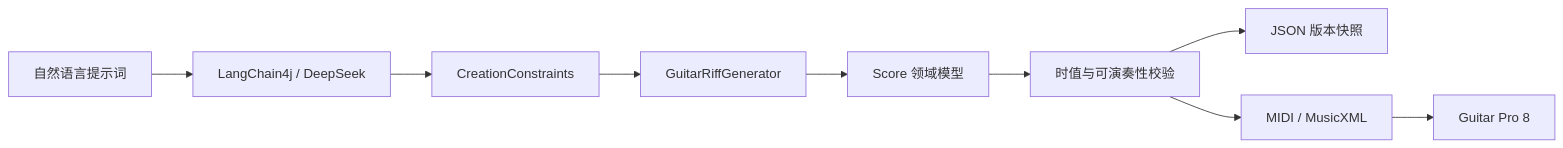
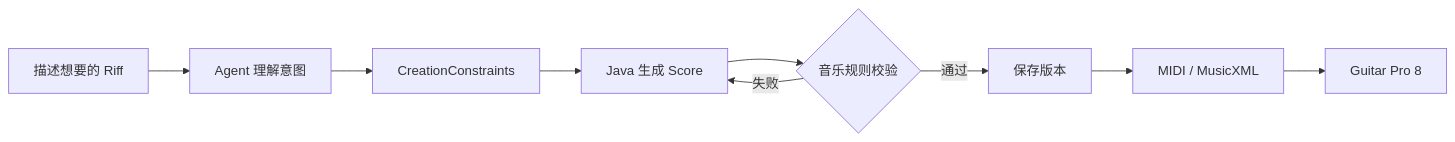
The first of 2 diagrams in README.md (YuiHlk/Music-AI-Agent), drawn with Mermaid before and after one commit. The commit also changed other lines of this file and 4 other files, not shown here.

````diff
--- a/README.md
+++ b/README.md
@@ -19,11 +58,11 @@
 ```mermaid
 flowchart LR
-    A["自然语言提示词"] --> B["LangChain4j / DeepSeek"]
+    A["描述想要的 Riff"] --> B["Agent 理解意图"]
     B --> C["CreationConstraints"]
-    C --> D["GuitarRiffGenerator"]
-    D --> E["Score 领域模型"]
-    E --> F["时值与可演奏性校验"]
-    F --> G["JSON 版本快照"]
-    F --> H["MIDI / MusicXML"]
-    H --> I["Guitar Pro 8"]
+    C --> D["Java 生成 Score"]
+    D --> E{"音乐规则校验"}
+    E -->|"通过"| F["保存版本"]
+    E -->|"失败"| D
+    F --> G["MIDI / MusicXML"]
+    G --> H["Guitar Pro 8"]
 ```
````
